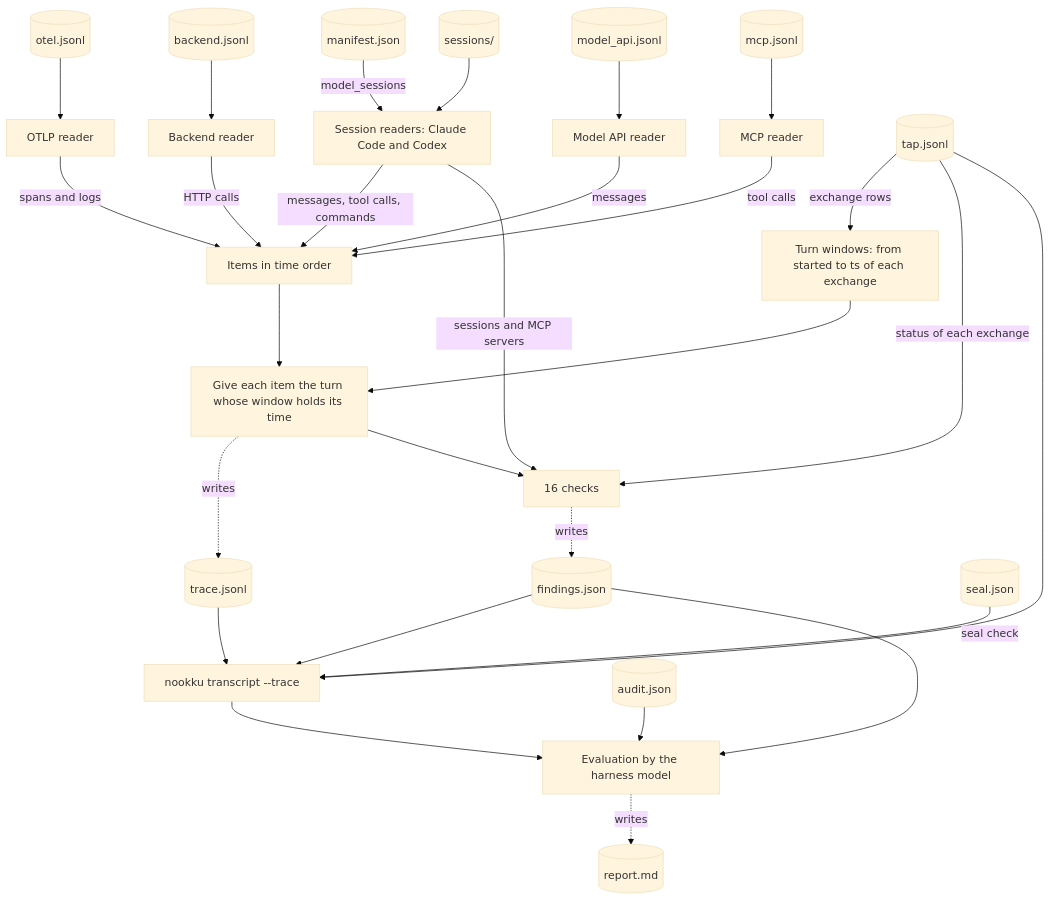
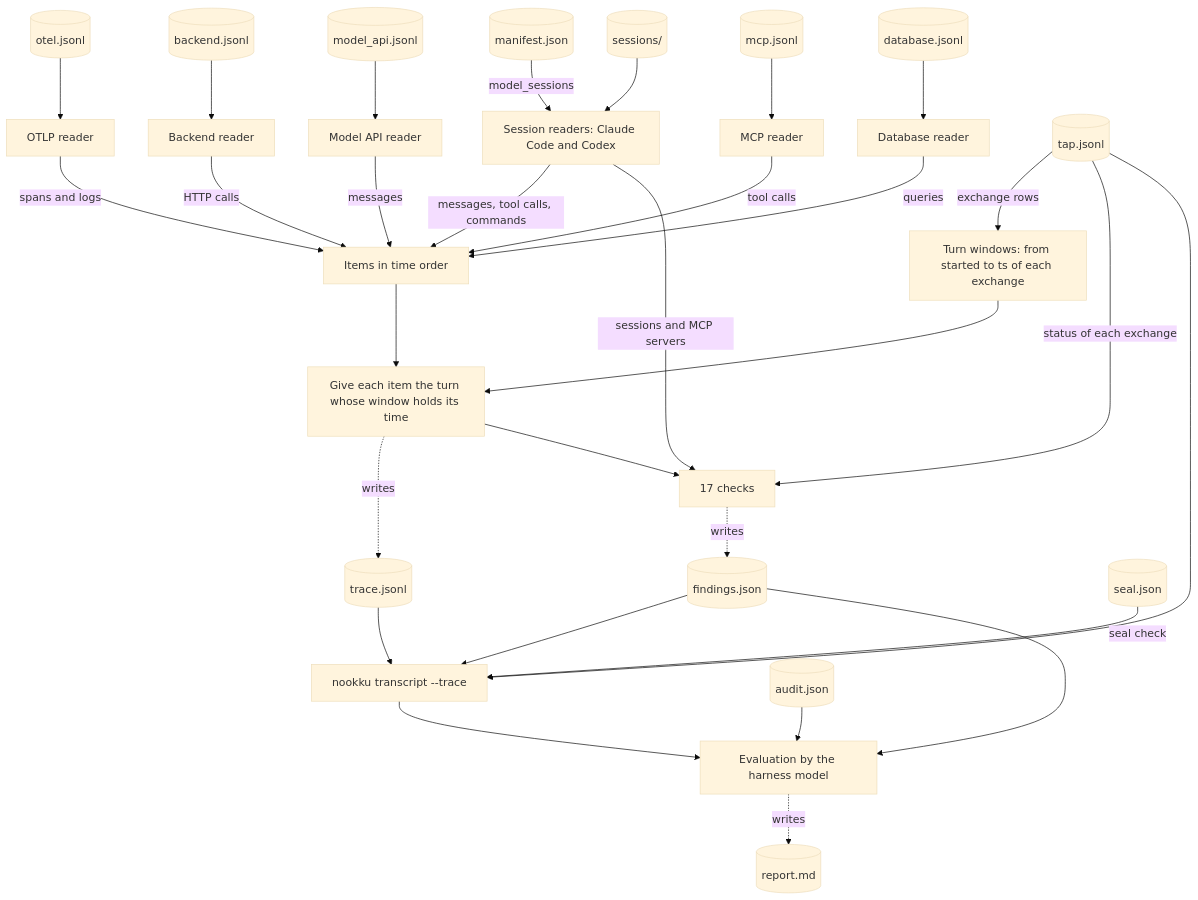
The fourth of 4 diagrams in docs/architecture.md (mohanraj00/nookku), drawn with Mermaid (base theme) before and after one commit. The commit also changed other lines of this file and 58 other files, not shown here.

````diff
--- a/docs/architecture.md
+++ b/docs/architecture.md
@@ -211,30 +213,32 @@
 ```mermaid
 flowchart TB
     manifestrec[(manifest.json)] -->|model_sessions| sreaders[Session readers: Claude Code and Codex]
     sessions[(sessions/)] --> sreaders
     otelrec[(otel.jsonl)] --> oreader[OTLP reader]
     backendrec[(backend.jsonl)] --> breader[Backend reader]
     modelrec[(model_api.jsonl)] --> mreader[Model API reader]
     mcprec[(mcp.jsonl)] --> mcpreader[MCP reader]
+    dbrec[(database.jsonl)] --> dbreader[Database reader]
     sreaders -->|messages, tool calls, commands| items[Items in time order]
     oreader -->|spans and logs| items
     breader -->|HTTP calls| items
     mreader -->|messages| items
     mcpreader -->|tool calls| items
+    dbreader -->|queries| items
     taprec[(tap.jsonl)] -->|exchange rows| windows[Turn windows: from started to ts of each exchange]
     items --> assign[Give each item the turn whose window holds its time]
     windows --> assign
     assign -.->|writes| tracerec[(trace.jsonl)]
-    assign --> checks[16 checks]
+    assign --> checks[17 checks]
     sreaders -->|sessions and MCP servers| checks
     taprec -->|status of each exchange| checks
     checks -.->|writes| findingsrec[(findings.json)]
     taprec --> transcript[nookku transcript --trace]
     tracerec --> transcript
     findingsrec --> transcript
     sealrec[(seal.json)] -->|seal check| transcript
     transcript --> eval[Evaluation by the harness model]
     findingsrec --> eval
     auditrec[(audit.json)] --> eval
     eval -.->|writes| report[(report.md)]
 ```
````
